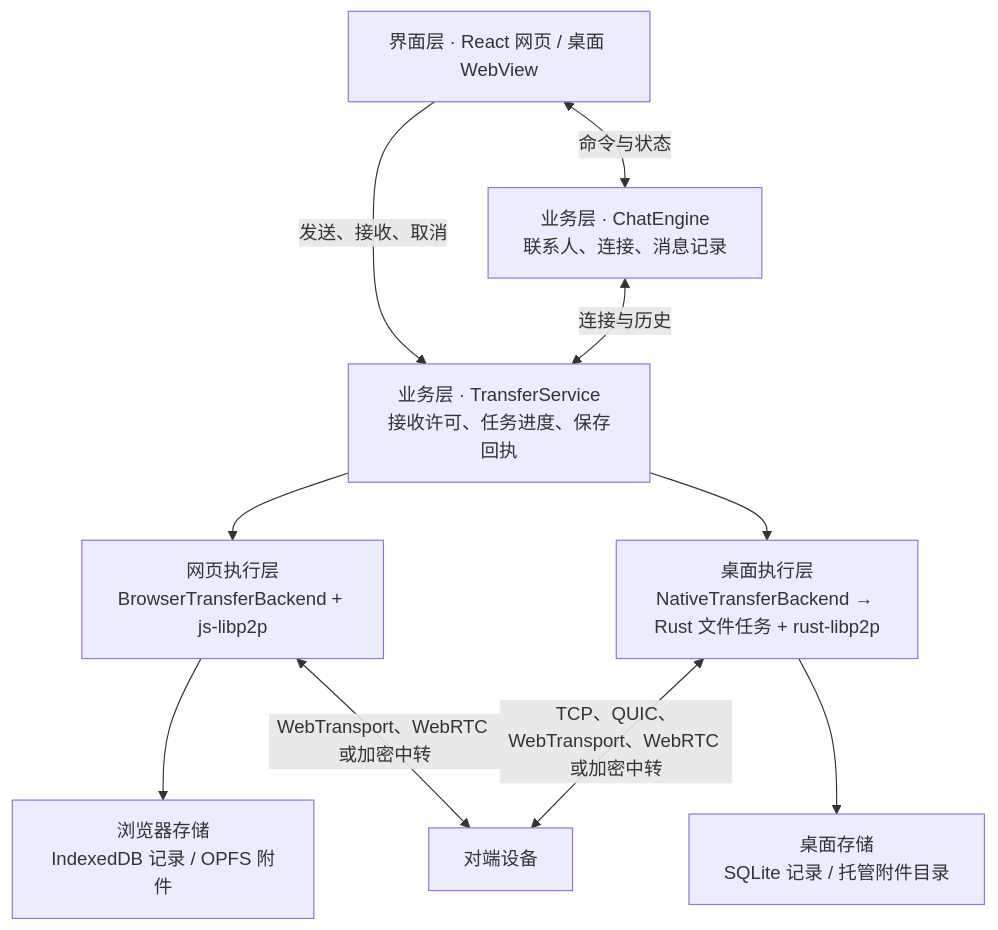
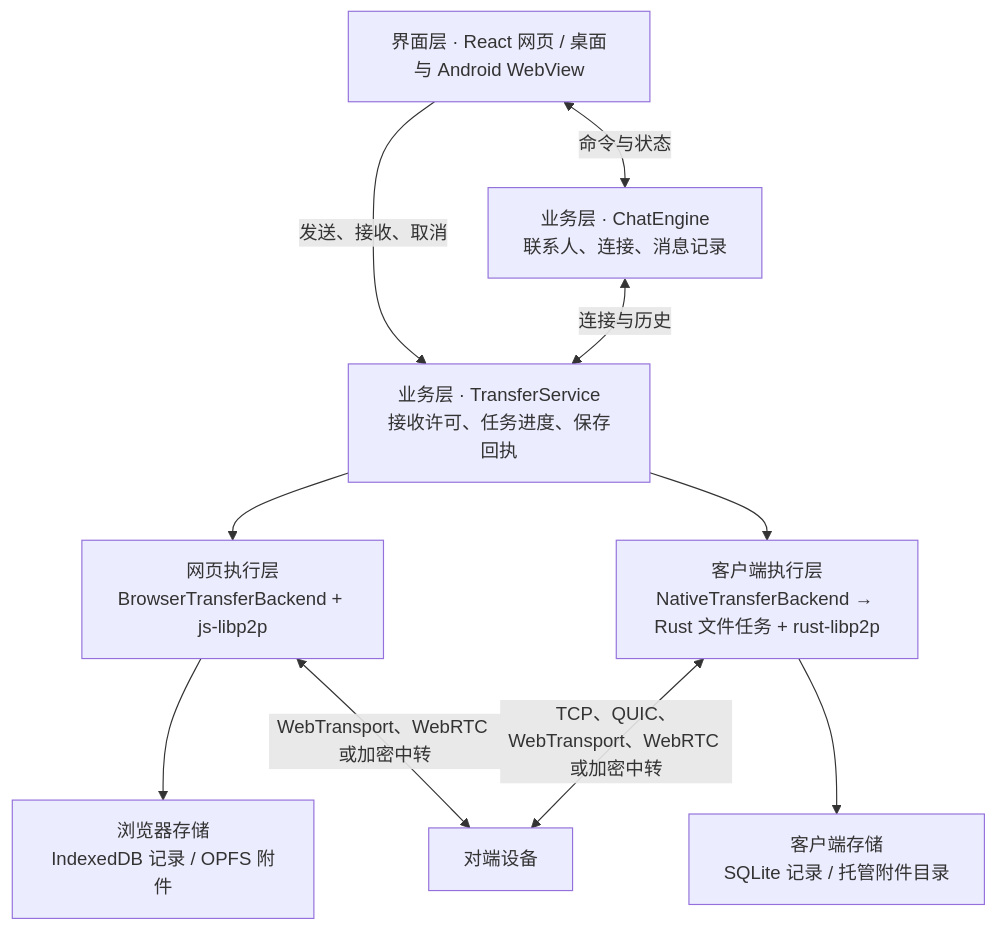
The first of 2 diagrams in docs/arch.zh.md (kuangye-team/ky-im), drawn with Mermaid before and after one commit. The commit also changed 197 other files, not shown here.

````diff
--- a/docs/arch.zh.md
+++ b/docs/arch.zh.md
@@ -7,20 +7,20 @@
 ```mermaid
 flowchart TB
-    UI["界面层 · React 网页 / 桌面 WebView"]
+    UI["界面层 · React 网页 / 桌面与 Android WebView"]
     Chat["业务层 · ChatEngine<br/>联系人、连接、消息记录"]
     Tasks["业务层 · TransferService<br/>接收许可、任务进度、保存回执"]
     Web["网页执行层<br/>BrowserTransferBackend + js-libp2p"]
-    Native["桌面执行层<br/>NativeTransferBackend → Rust 文件任务 + rust-libp2p"]
+    Native["客户端执行层<br/>NativeTransferBackend → Rust 文件任务 + rust-libp2p"]
     BrowserStore["浏览器存储<br/>IndexedDB 记录 / OPFS 附件"]
-    Disk["桌面存储<br/>SQLite 记录 / 托管附件目录"]
+    Disk["客户端存储<br/>SQLite 记录 / 托管附件目录"]
     Peer["对端设备"]
     UI <-->|命令与状态| Chat
     UI -->|发送、接收、取消| Tasks
     Chat <-->|连接与历史| Tasks
     Tasks --> Web
     Tasks --> Native
     Web --> BrowserStore
     Native --> Disk
     Web <-->|WebTransport、WebRTC 或加密中转| Peer
     Native <-->|TCP、QUIC、WebTransport、WebRTC 或加密中转| Peer
 ```
````
